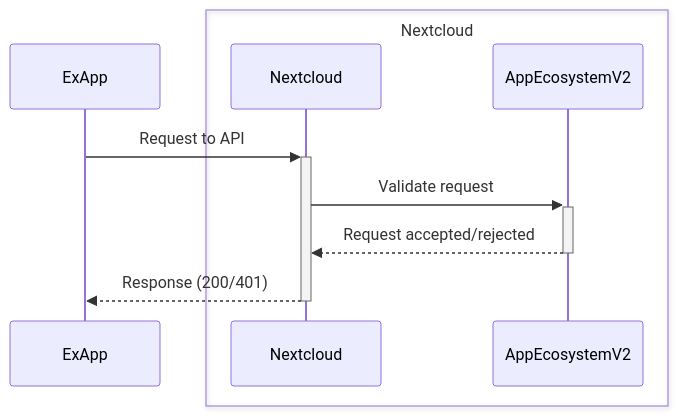
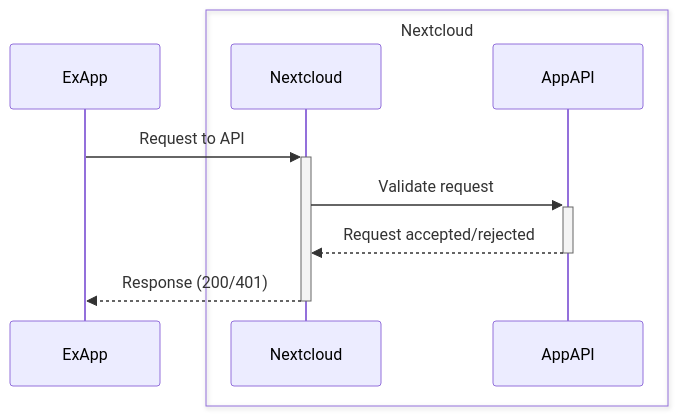
One commit to nextcloud/app_api changed the first of 2 diagrams in docs/tech_details/Authentication.rst. Above: the diagram before and after it, drawn with Mermaid. The commit also changed other lines of this file and 42 other files, not shown here.

```diff
--- a/docs/tech_details/Authentication.rst
+++ b/docs/tech_details/Authentication.rst
@@ -16,12 +16,12 @@
 .. mermaid::
 
 	sequenceDiagram
     	participant ExApp
     	box Nextcloud
 			participant Nextcloud
-			participant AppEcosystemV2
+			participant AppAPI
 		end
     	ExApp->>+Nextcloud: Request to API
-    	Nextcloud->>+AppEcosystemV2: Validate request
-    	AppEcosystemV2-->>-Nextcloud: Request accepted/rejected
+    	Nextcloud->>+AppAPI: Validate request
+    	AppAPI-->>-Nextcloud: Request accepted/rejected
     	Nextcloud-->>-ExApp: Response (200/401)
```
